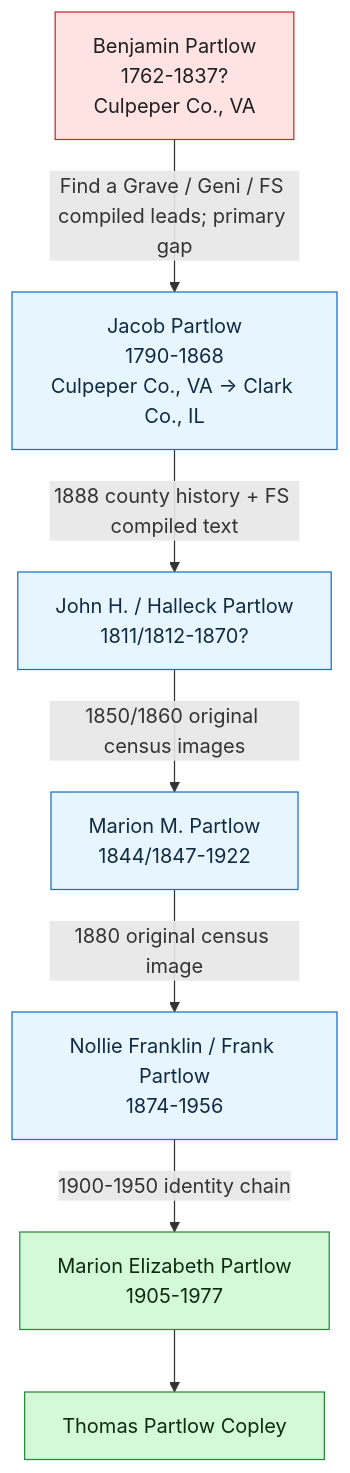
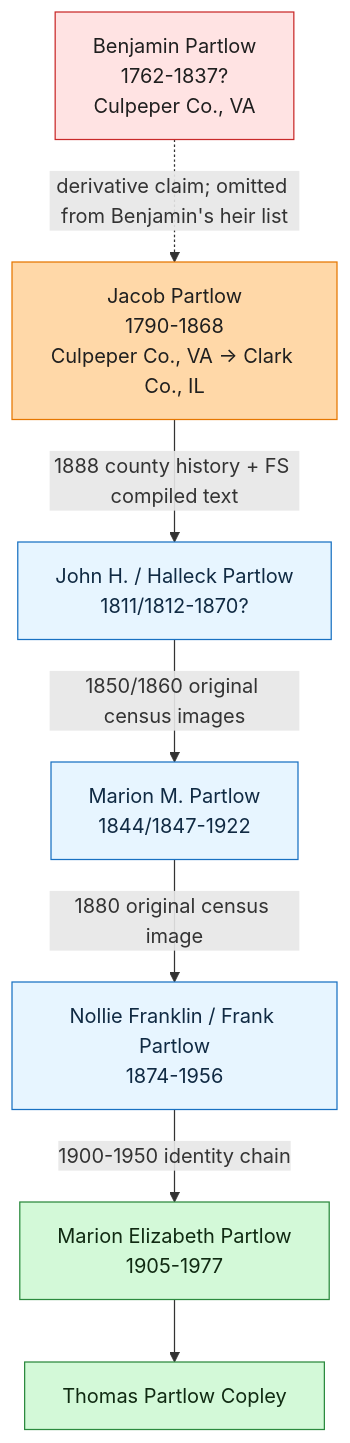
Before and after one commit to zcopley/copley-family-research: the diagram in People/Benjamin Partlow.md, drawn with Mermaid. The commit also changed other lines of this file and 18 other files, not shown here.

````diff
--- a/People/Benjamin Partlow.md
+++ b/People/Benjamin Partlow.md
@@ -52,25 +52,27 @@
 ```mermaid
 graph TD
     BP["Benjamin Partlow<br/>1762-1837?<br/>Culpeper Co., VA"]
     JP["Jacob Partlow<br/>1790-1868<br/>Culpeper Co., VA -> Clark Co., IL"]
     JH["John H. / Halleck Partlow<br/>1811/1812-1870?"]
     MM["Marion M. Partlow<br/>1844/1847-1922"]
     NF["Nollie Franklin / Frank Partlow<br/>1874-1956"]
     ME["Marion Elizabeth Partlow<br/>1905-1977"]
     TCP["Thomas Partlow Copley"]
 
-    BP -->|"Find a Grave / Geni / FS compiled leads; primary gap"| JP
+    BP -. "derivative claim; omitted from Benjamin's heir list" .-> JP
     JP -->|"1888 county history + FS compiled text"| JH
     JH -->|"1850/1860 original census images"| MM
     MM -->|"1880 original census image"| NF
     NF -->|"1900-1950 identity chain"| ME
     ME --> TCP
 
     class BP patriot
-    class JP,JH,MM,NF lineage
+    class JP questioned
+    class JH,MM,NF lineage
     class ME,TCP descendant
 
     classDef patriot fill:#ffe3e3,stroke:#c92a2a,color:#1f1f1f;
+    classDef questioned fill:#ffd8a8,stroke:#e67700,color:#1f1f1f;
     classDef lineage fill:#e7f5ff,stroke:#1971c2,color:#102a43;
     classDef descendant fill:#d3f9d8,stroke:#2b8a3e,color:#102a12;
 ```
````
